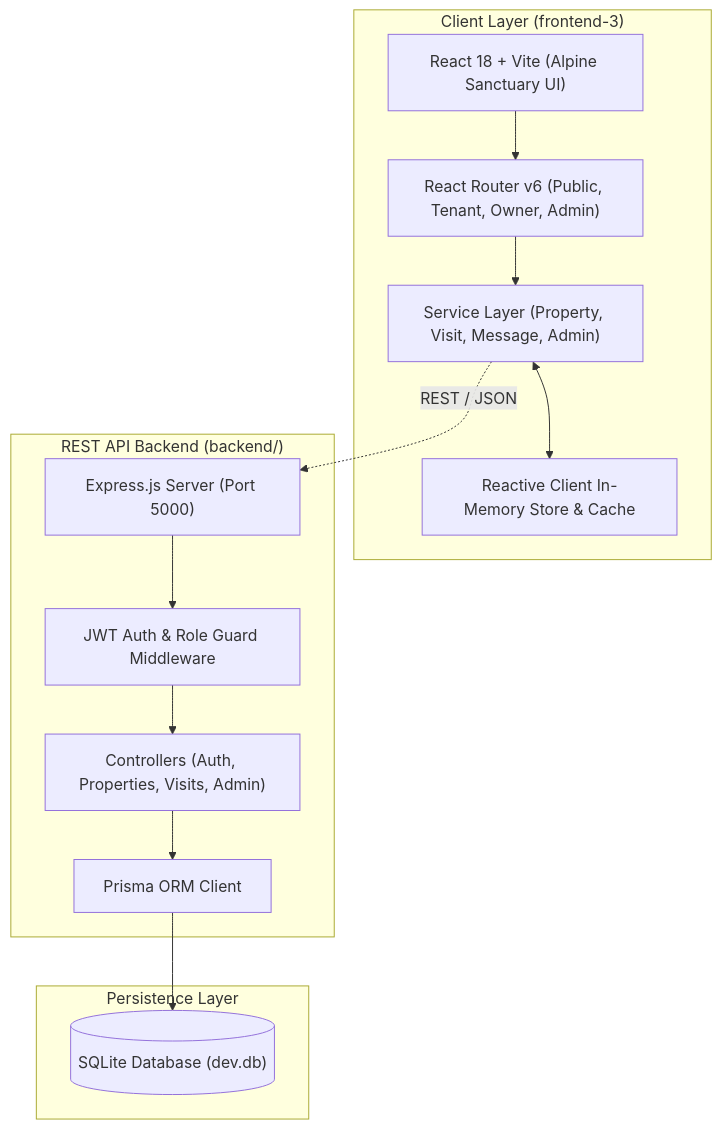
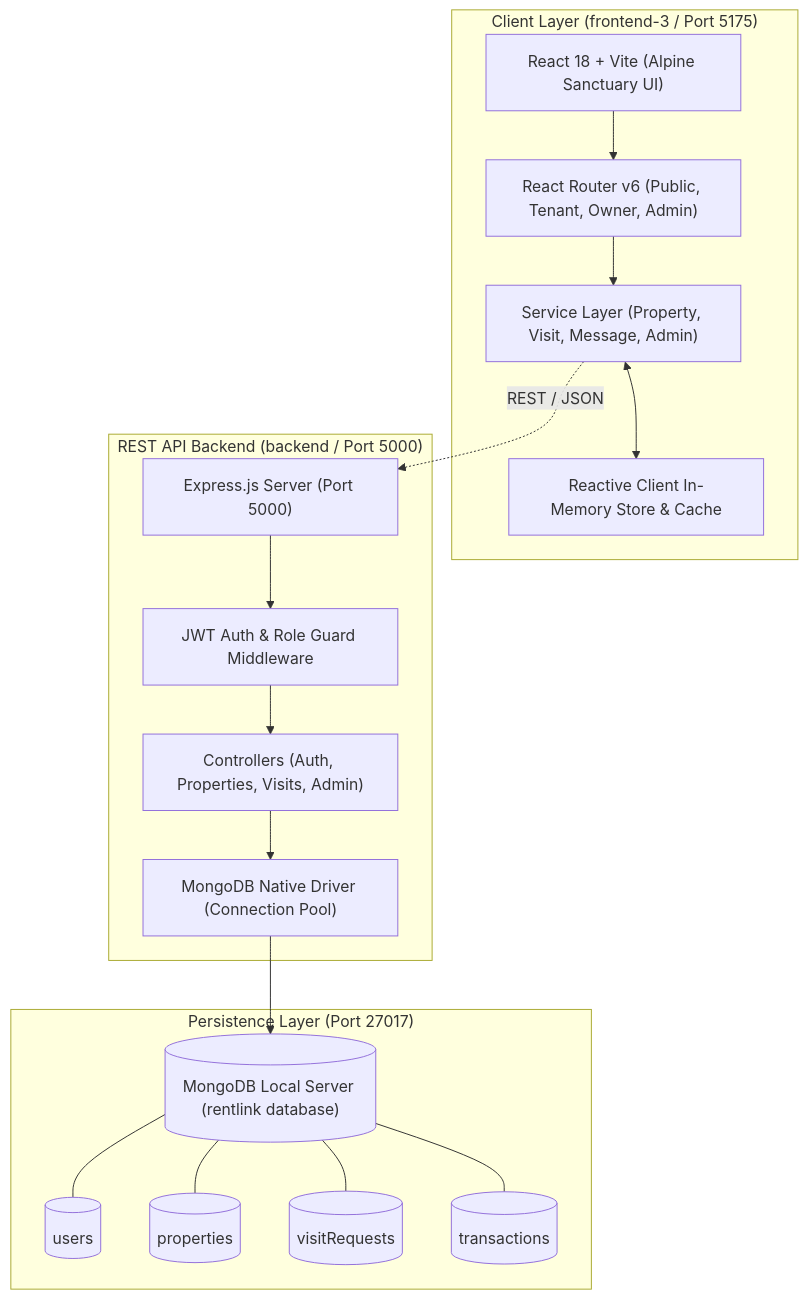
One commit to sayamuddinshams/FYP-10 changed the diagram in README.md. Above: the diagram before and after it, drawn with Mermaid. The commit also changed other lines of this file and 46 other files, not shown here.

````diff
--- a/README.md
+++ b/README.md
@@ -17,26 +31,32 @@
 ```mermaid
 flowchart TB
-    subgraph Client ["Client Layer (frontend-3)"]
+    subgraph Client ["Client Layer (frontend-3 / Port 5175)"]
         UI["React 18 + Vite (Alpine Sanctuary UI)"]
         Router["React Router v6 (Public, Tenant, Owner, Admin)"]
         ServiceLayer["Service Layer (Property, Visit, Message, Admin)"]
         ReactiveStore["Reactive Client In-Memory Store & Cache"]
     end
 
-    subgraph API ["REST API Backend (backend/)"]
+    subgraph API ["REST API Backend (backend / Port 5000)"]
         ExpressApp["Express.js Server (Port 5000)"]
         AuthMid["JWT Auth & Role Guard Middleware"]
         Controllers["Controllers (Auth, Properties, Visits, Admin)"]
-        PrismaORM["Prisma ORM Client"]
+        MongoDriver["MongoDB Native Driver (Connection Pool)"]
     end
 
-    subgraph Storage ["Persistence Layer"]
-        SQLiteDB[("SQLite Database (dev.db)")]
+    subgraph Storage ["Persistence Layer (Port 27017)"]
+        MongoDB[("MongoDB Local Server (rentlink database)")]
+        UsersCol[("users")]
+        PropsCol[("properties")]
+        VisitsCol[("visitRequests")]
+        TxCol[("transactions")]
     end
 
     UI --> Router
     Router --> ServiceLayer
     ServiceLayer <--> ReactiveStore
     ServiceLayer -.->|REST / JSON| ExpressApp
-    ExpressApp --> AuthMid --> Controllers --> PrismaORM --> SQLiteDB
+    ExpressApp --> AuthMid --> Controllers --> MongoDriver
+    MongoDriver --> MongoDB
+    MongoDB --- UsersCol & PropsCol & VisitsCol & TxCol
 ```
````
